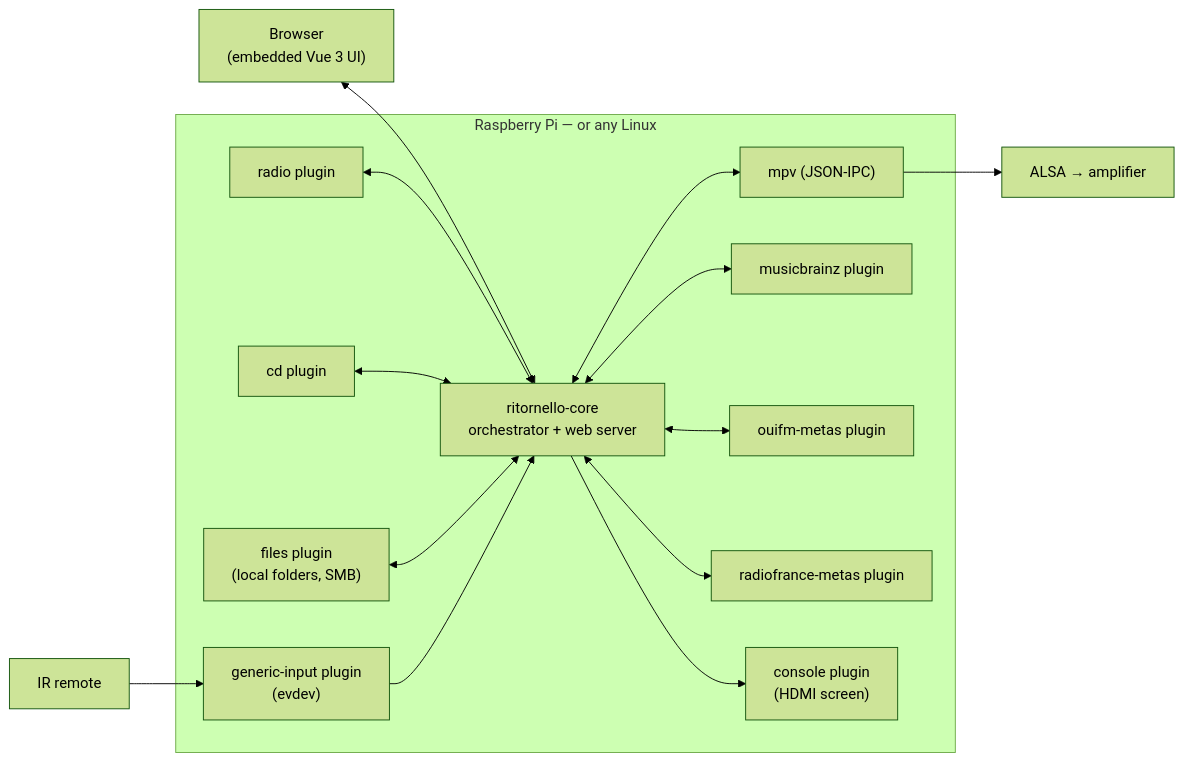
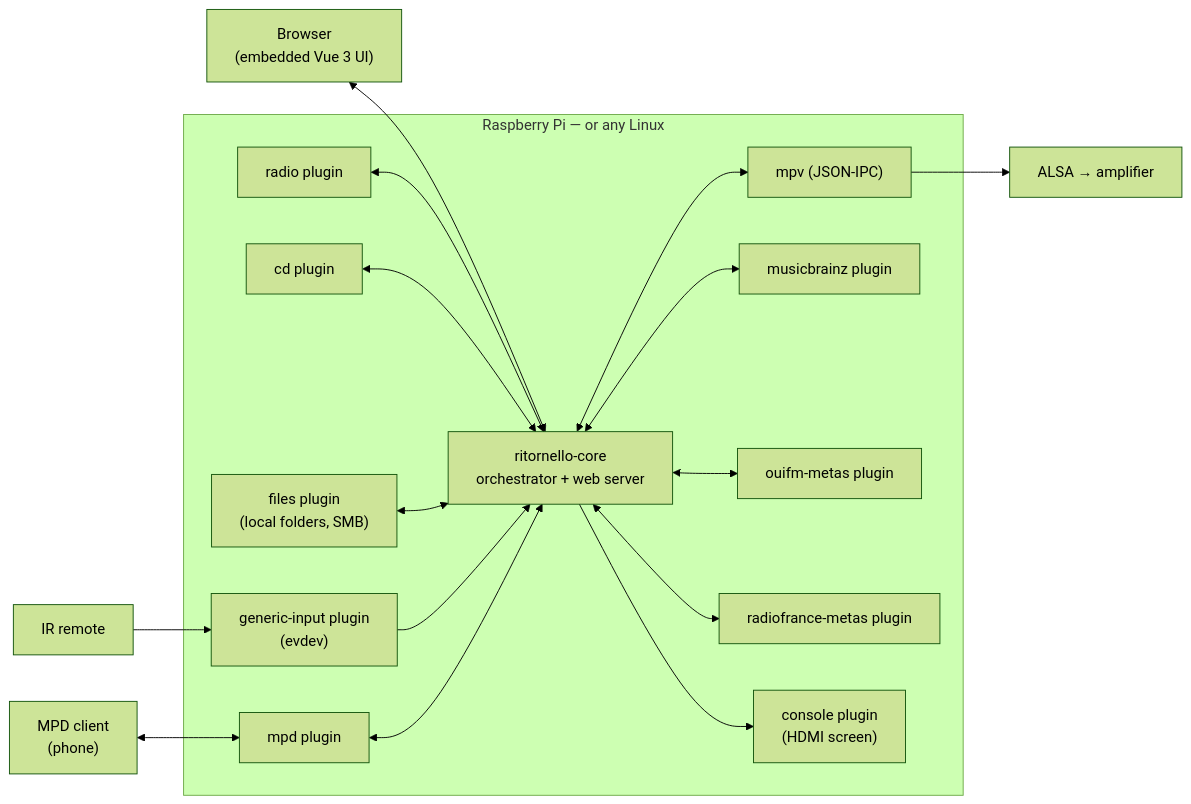
Before and after one commit to skerdudou/ritornello: the diagram in README.md, drawn with Mermaid (forest theme). The commit also changed other lines of this file, not shown here.

````diff
--- a/README.md
+++ b/README.md
@@ -53,19 +97,21 @@
 ```mermaid
 flowchart LR
     ir["IR remote"] --> input
     browser["Browser<br/>(embedded Vue 3 UI)"] <--> core
+    mpdclient["MPD client<br/>(phone)"] <--> mpd
     subgraph device["Raspberry Pi — or any Linux"]
         core["ritornello-core<br/>orchestrator + web server"]
         mpv["mpv (JSON-IPC)"]
         radio["radio plugin"] <--> core
         cd["cd plugin"] <--> core
         files["files plugin<br/>(local folders, SMB)"] <--> core
         core <--> mb["musicbrainz plugin"]
         core <--> ouifm["ouifm-metas plugin"]
         core <--> rf["radiofrance-metas plugin"]
         input["generic-input plugin<br/>(evdev)"] --> core
         core --> console["console plugin<br/>(HDMI screen)"]
+        mpd["mpd plugin"] <--> core
         core <--> mpv
     end
     mpv --> hp["ALSA → amplifier"]
 ```
````
